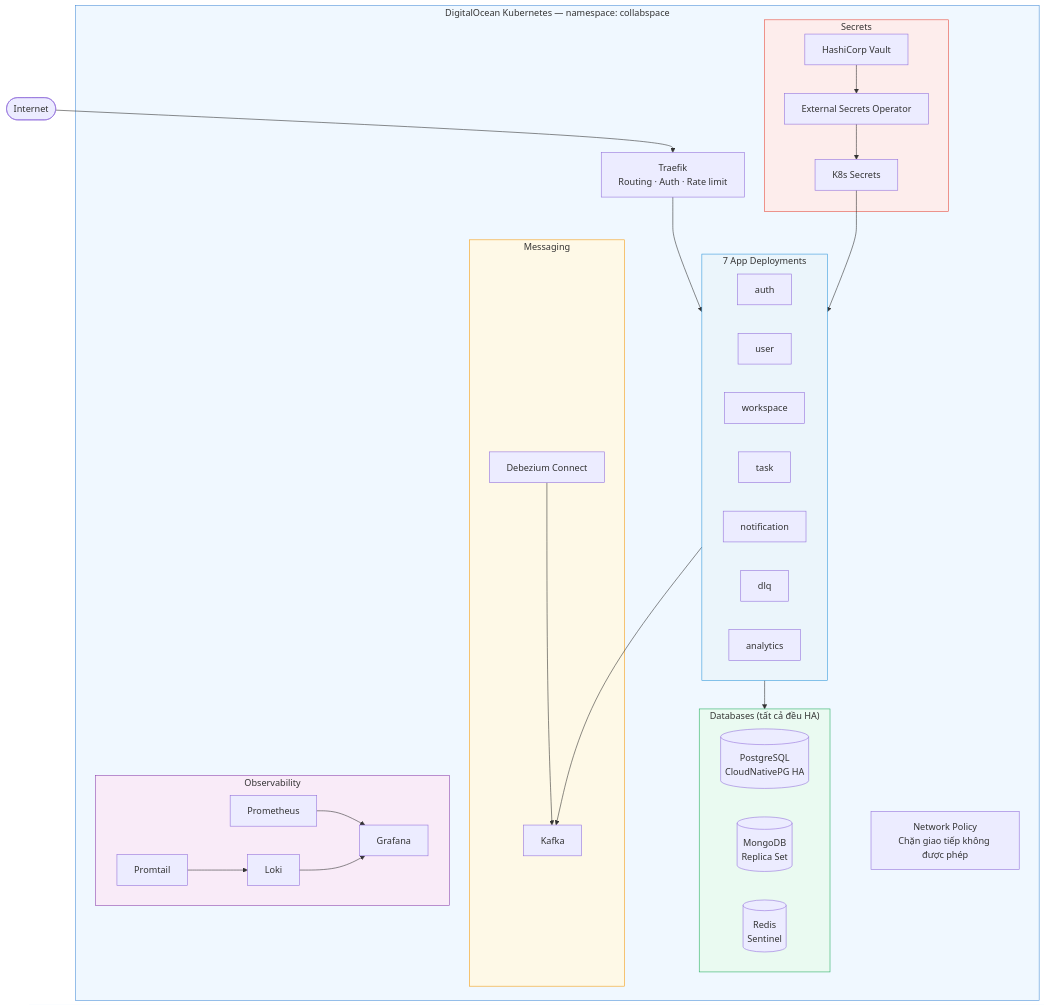
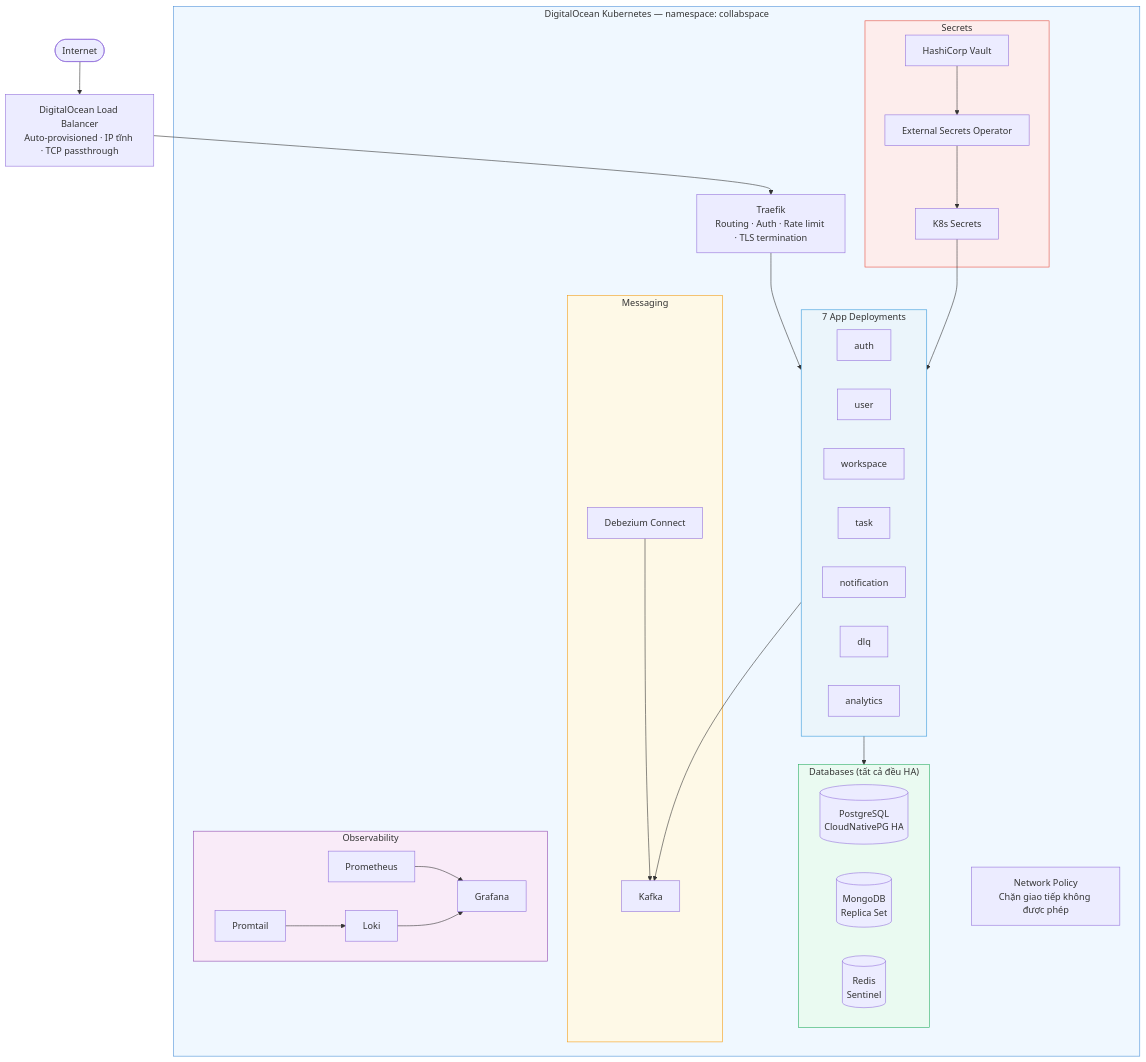
Before and after one commit to lengocanh2005it/collabspace: diagram 15 of 42 in docs/presentation-outline.md, drawn with Mermaid. The commit also changed other lines of this file, not shown here.

First line of the commit message:
docs(presentation): add DO Load Balancer to Slide 8 infra diagram and explanation

````diff
--- a/docs/presentation-outline.md
+++ b/docs/presentation-outline.md
@@ -683,53 +683,56 @@
 ```mermaid
 flowchart TD
-    Internet([Internet]) --> Traefik
+    Internet([Internet]) --> DOLB
+
+    DOLB[DigitalOcean Load Balancer\nAuto-provisioned · IP tĩnh · TCP passthrough]
 
     subgraph DOKS["DigitalOcean Kubernetes — namespace: collabspace"]
-        Traefik[Traefik\nRouting · Auth · Rate limit]
+        Traefik[Traefik\nRouting · Auth · Rate limit · TLS termination]
 
         subgraph Apps["7 App Deployments"]
             direction LR
             A1[auth] & A2[user] & A3[workspace] & A4[task] & A5[notification] & A6[dlq] & A7[analytics]
         end
 
         subgraph DBs["Databases (tất cả đều HA)"]
             PG[(PostgreSQL\nCloudNativePG HA)]
             MDB[(MongoDB\nReplica Set)]
             RD[(Redis\nSentinel)]
         end
 
         subgraph Msg["Messaging"]
             KF[Kafka]
             DC[Debezium Connect]
         end
 
         subgraph Obs["Observability"]
             Prom[Prometheus]
             Graf[Grafana]
             Loki[Loki]
             PT[Promtail]
         end
 
         subgraph Sec["Secrets"]
             Vault[HashiCorp Vault]
             ESO[External Secrets Operator]
             KSec[K8s Secrets]
         end
 
         NP[Network Policy\nChặn giao tiếp không được phép]
     end
 
+    DOLB --> Traefik
     Traefik --> Apps
     Apps --> DBs & KF
     DC --> KF
     PT --> Loki
     Prom & Loki --> Graf
     Vault --> ESO --> KSec --> Apps
 
     style DOKS fill:#f0f8ff,stroke:#4A90D9
     style Apps fill:#EBF5FB,stroke:#3498DB
     style DBs fill:#EAFAF1,stroke:#27AE60
     style Msg fill:#FEF9E7,stroke:#F39C12
     style Obs fill:#F9EBF8,stroke:#8E44AD
     style Sec fill:#FDEDEC,stroke:#E74C3C
 ```
````
